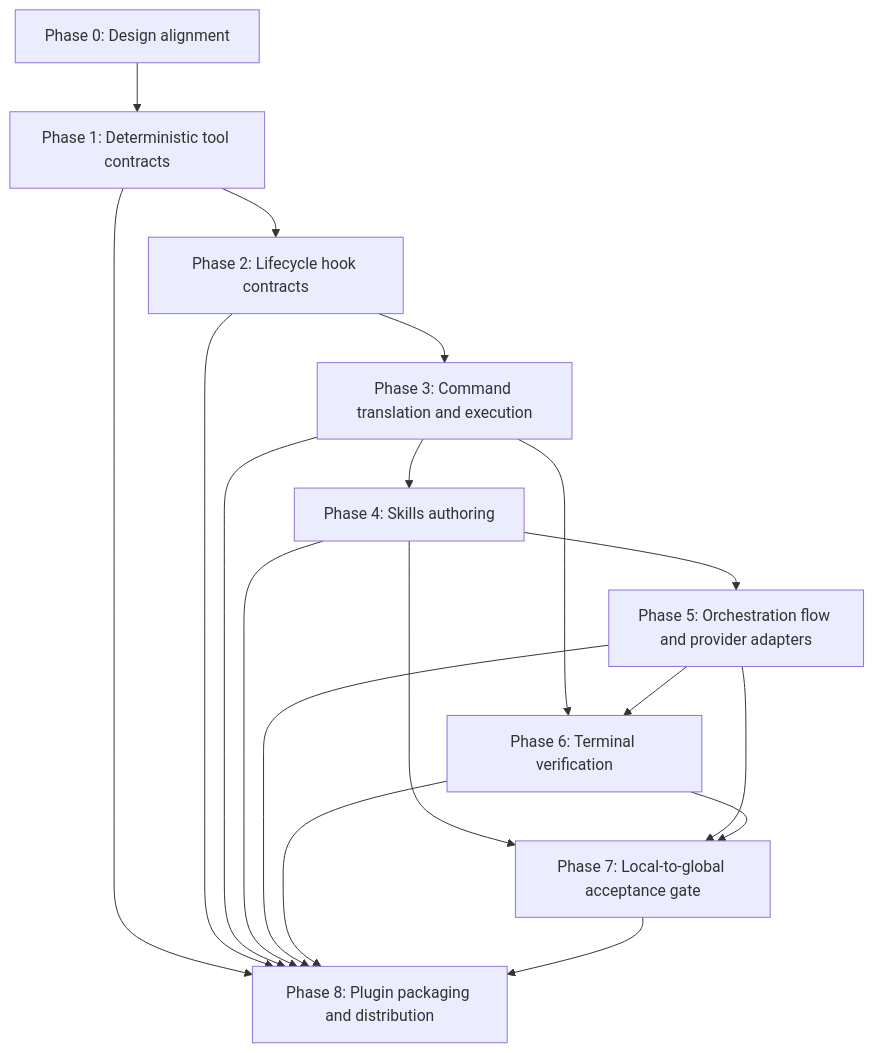
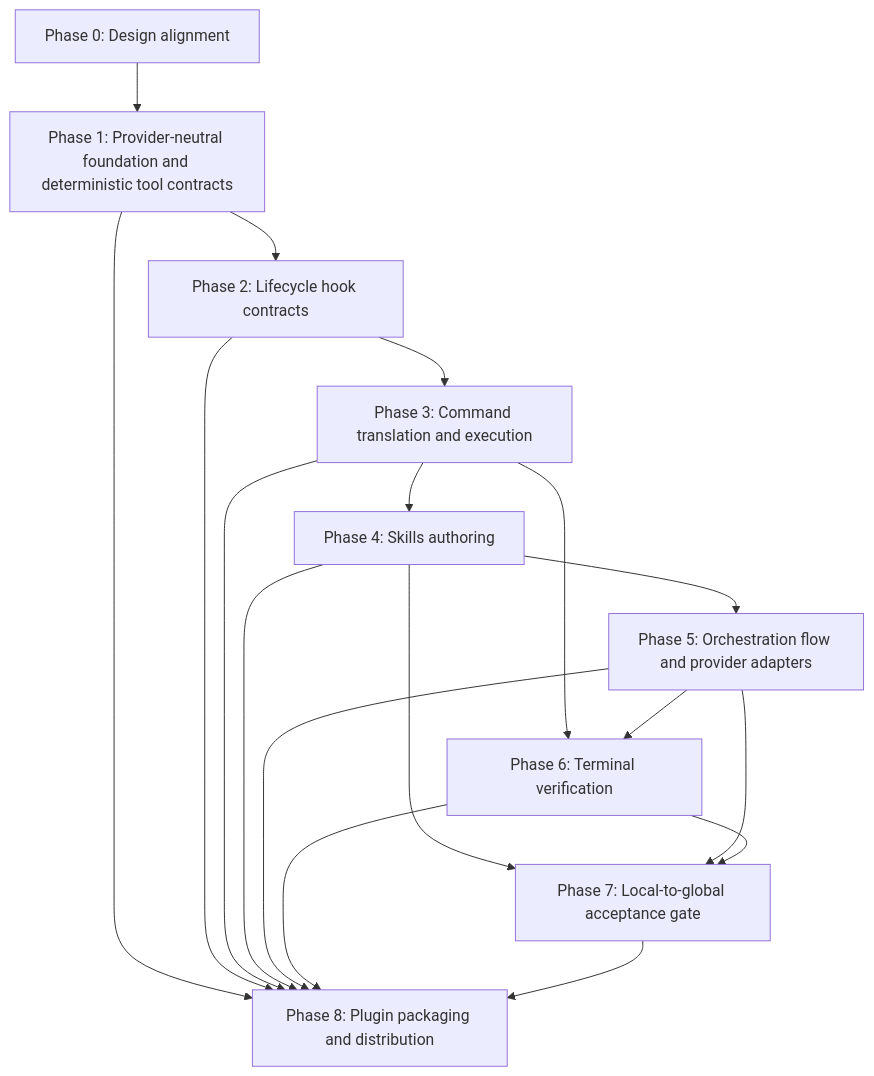
Before and after one commit to shlomoa/django-angular3: the diagram in doc/phased_implementation_plan.md, drawn with Mermaid. The commit also changed other lines of this file and 6 other files, not shown here.

````diff
--- a/doc/phased_implementation_plan.md
+++ b/doc/phased_implementation_plan.md
@@ -427,20 +614,20 @@
 ```mermaid
 flowchart TD
-    phase0["Phase 0: Design alignment"] --> phase1["Phase 1: Deterministic tool contracts"]
+    phase0["Phase 0: Design alignment"] --> phase1["Phase 1: Provider-neutral foundation and deterministic tool contracts"]
     phase1 --> phase2["Phase 2: Lifecycle hook contracts"]
     phase2 --> phase3["Phase 3: Command translation and execution"]
     phase3 --> phase4["Phase 4: Skills authoring"]
     phase4 --> phase5["Phase 5: Orchestration flow and provider adapters"]
     phase3 --> phase6["Phase 6: Terminal verification"]
     phase5 --> phase6
     phase4 --> phase7["Phase 7: Local-to-global acceptance gate"]
     phase5 --> phase7
     phase6 --> phase7
     phase1 --> phase8["Phase 8: Plugin packaging and distribution"]
     phase2 --> phase8
     phase3 --> phase8
     phase4 --> phase8
     phase5 --> phase8
     phase6 --> phase8
     phase7 --> phase8
 ```
````
